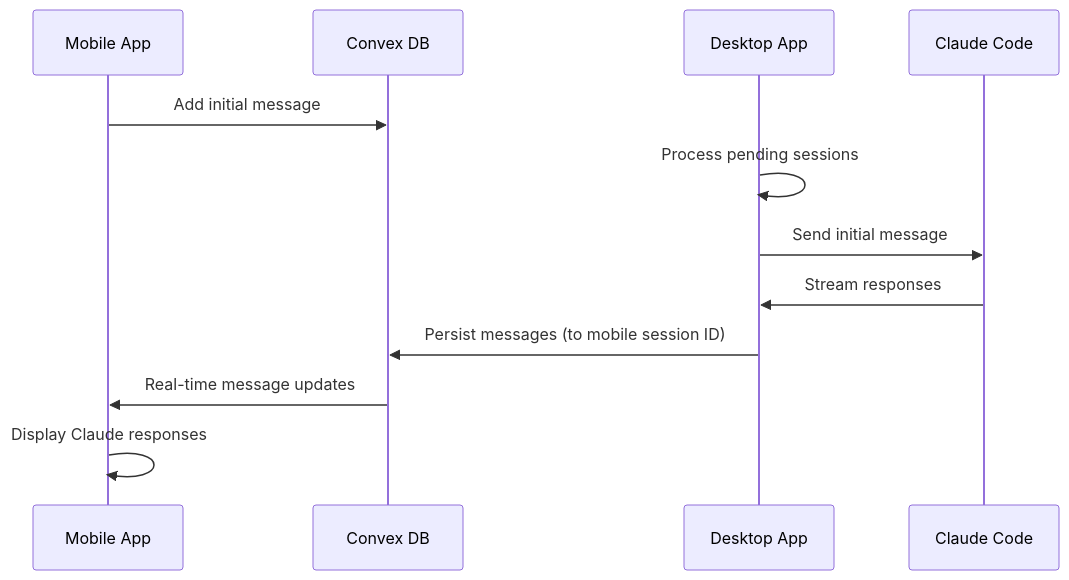
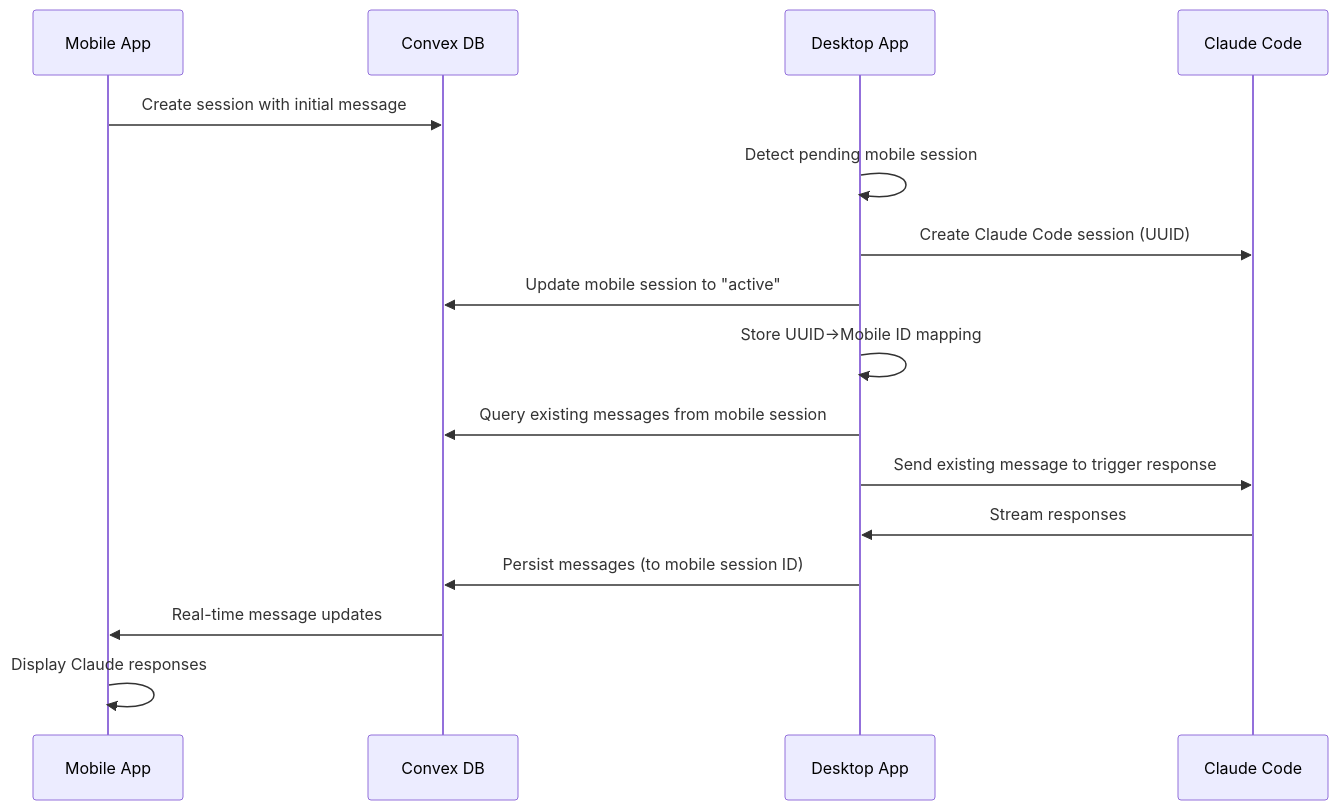
The third of 3 diagrams in docs/systems/mobile-desktop-claude-sync.md (OpenAgentsInc/openagents), drawn with Mermaid before and after one commit. The commit also changed other lines of this file, not shown here.

First line of the commit message:
📚 DOCS: Update mobile-desktop sync documentation for duplicate message fix

````diff
--- a/docs/systems/mobile-desktop-claude-sync.md
+++ b/docs/systems/mobile-desktop-claude-sync.md
@@ -83,15 +82,19 @@
 ```mermaid
 sequenceDiagram
     participant Mobile as Mobile App
     participant Convex as Convex DB
     participant Desktop as Desktop App
     participant Claude as Claude Code
 
-    Mobile->>Convex: Add initial message
-    Desktop->>Desktop: Process pending sessions
-    Desktop->>Claude: Send initial message
+    Mobile->>Convex: Create session with initial message
+    Desktop->>Desktop: Detect pending mobile session
+    Desktop->>Claude: Create Claude Code session (UUID)
+    Desktop->>Convex: Update mobile session to "active"
+    Desktop->>Desktop: Store UUID→Mobile ID mapping
+    Desktop->>Convex: Query existing messages from mobile session
+    Desktop->>Claude: Send existing message to trigger response
     Claude->>Desktop: Stream responses
     Desktop->>Convex: Persist messages (to mobile session ID)
     Convex->>Mobile: Real-time message updates
     Mobile->>Mobile: Display Claude responses
 ```
````
